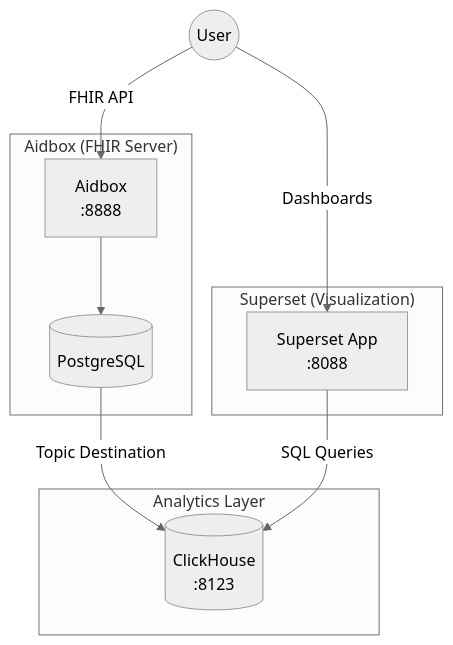
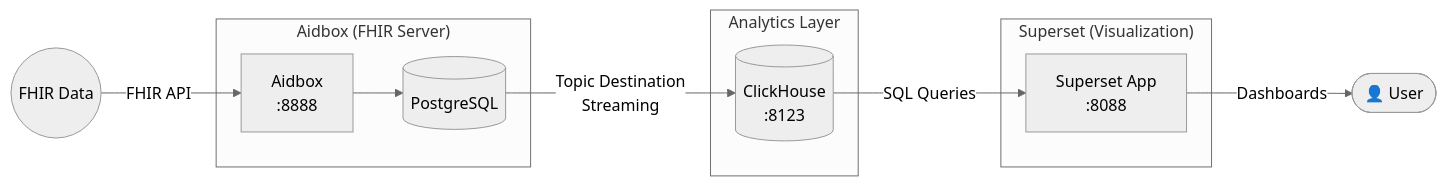
Before and after one commit to Aidbox/examples: the diagram in aidbox-integrations/clickhouse-superset/README.md, drawn with Mermaid (neutral theme). The commit also changed other lines of this file and 1 other file, not shown here.

````diff
--- a/aidbox-integrations/clickhouse-superset/README.md
+++ b/aidbox-integrations/clickhouse-superset/README.md
@@ -11,22 +11,22 @@
 ```mermaid
-flowchart TB
+flowchart LR
     subgraph Aidbox["Aidbox (FHIR Server)"]
         AidboxApp[Aidbox<br/>:8888]
         AidboxDB[(PostgreSQL)]
         AidboxApp --> AidboxDB
     end
 
     subgraph Analytics["Analytics Layer"]
         ClickHouse[(ClickHouse<br/>:8123)]
     end
 
     subgraph Superset["Superset (Visualization)"]
         SupersetApp[Superset App<br/>:8088]
     end
 
-    AidboxDB -->|Topic Destination| ClickHouse
-    SupersetApp -->|SQL Queries| ClickHouse
+    AidboxDB -->|Topic Destination<br>Streaming| ClickHouse
+    ClickHouse -->|SQL Queries| SupersetApp
 
-    User((User)) -->|FHIR API| AidboxApp
-    User -->|Dashboards| SupersetApp
+    Source((FHIR Data)) -->|FHIR API| AidboxApp
+    SupersetApp -->|Dashboards| User(["👤 User"])
 ```
````
